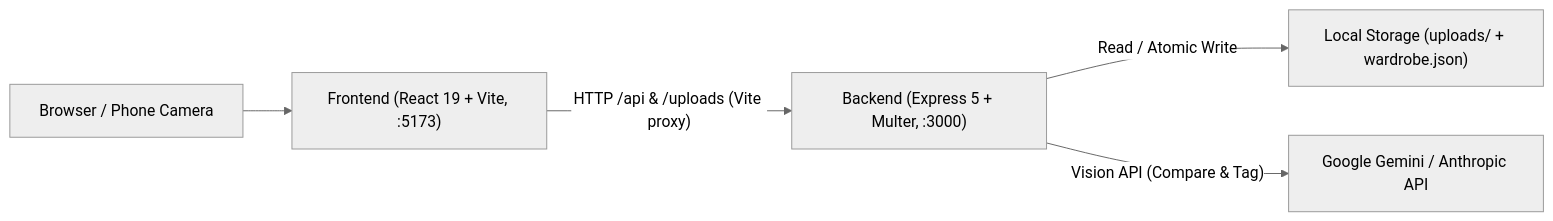
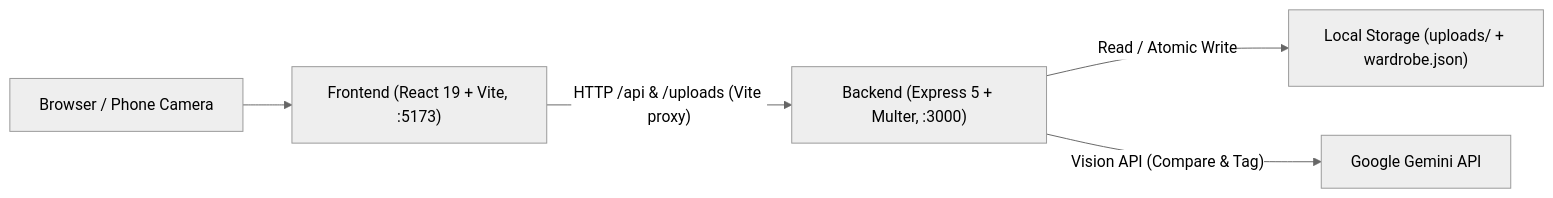
The diagram in README.md (Saschha/smart_closet_mvp), drawn with Mermaid (neutral theme) before and after one commit. The commit also changed other lines of this file and 6 other files, not shown here.

Commit message:
feat: migrate wardrobe auto-tagging (Task 2) from Anthropic to Gemini

````diff
--- a/README.md
+++ b/README.md
@@ -32,7 +32,7 @@
 ```mermaid
 flowchart LR
     User["Browser / Phone Camera"] --> FE["Frontend (React 19 + Vite, :5173)"]
     FE -- "HTTP /api & /uploads (Vite proxy)" --> BE["Backend (Express 5 + Multer, :3000)"]
     BE -- "Read / Atomic Write" --> Store["Local Storage (uploads/ + wardrobe.json)"]
-    BE -- "Vision API (Compare & Tag)" --> AI["Google Gemini / Anthropic API"]
+    BE -- "Vision API (Compare & Tag)" --> AI["Google Gemini API"]
 ```
````
